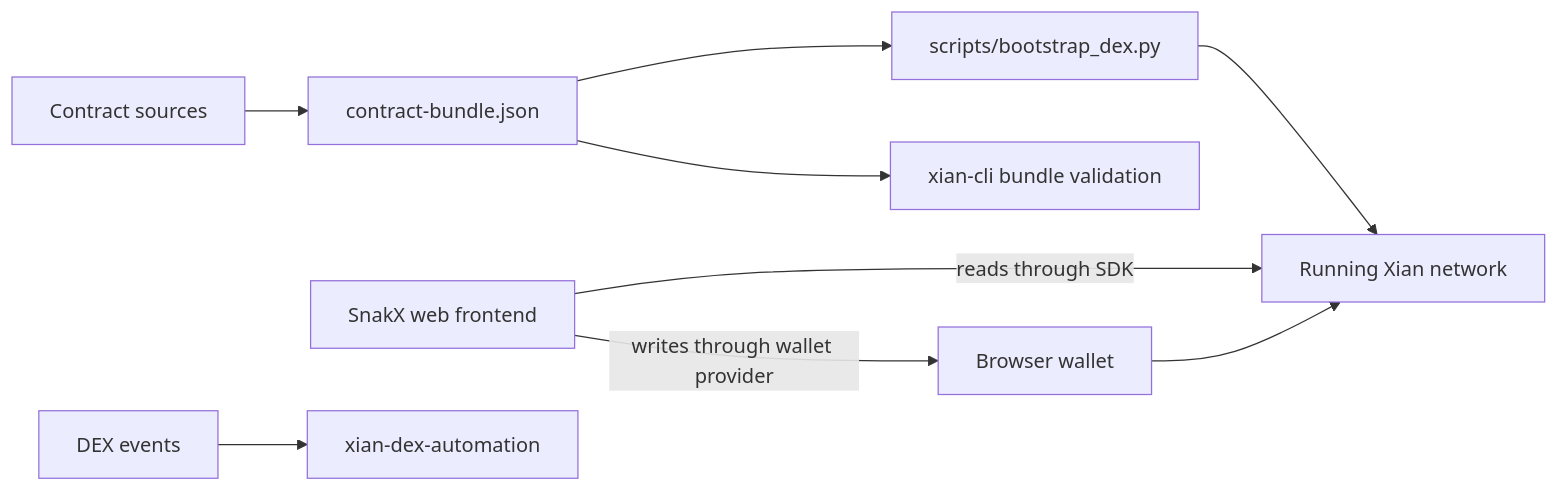
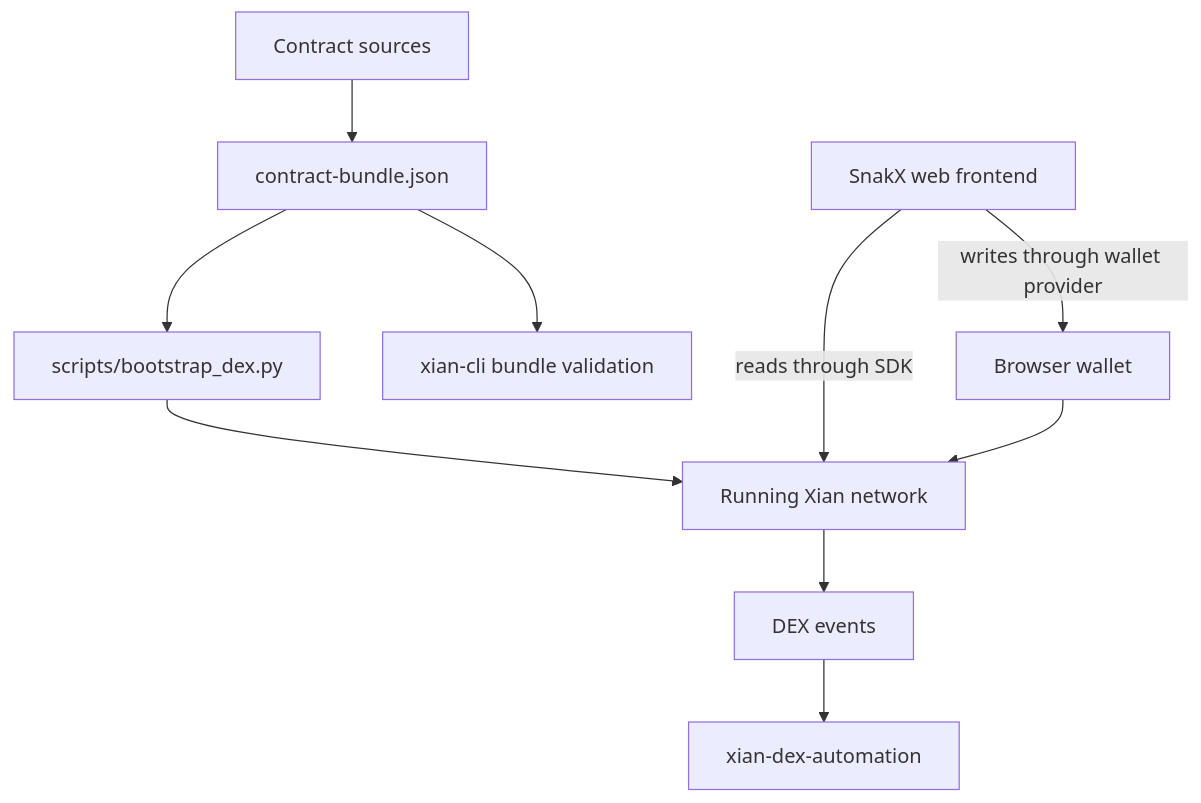
Before and after one commit to xian-technology/xian-docs-web: the diagram in products/dex.md, drawn with Mermaid. The commit also changed 28 other files, not shown here.

````diff
--- a/products/dex.md
+++ b/products/dex.md
@@ -24,11 +24,12 @@
 ```mermaid
-flowchart LR
+flowchart TD
   Source["Contract sources"] --> Bundle["contract-bundle.json"]
   Bundle --> Bootstrap["scripts/bootstrap_dex.py"]
   Bundle --> CLI["xian-cli bundle validation"]
   Bootstrap --> Chain["Running Xian network"]
   Web["SnakX web frontend"] -->|reads through SDK| Chain
   Web -->|writes through wallet provider| Wallet["Browser wallet"]
   Wallet --> Chain
+  Chain --> Events
   Events["DEX events"] --> Automation["xian-dex-automation"]
 ```
````
